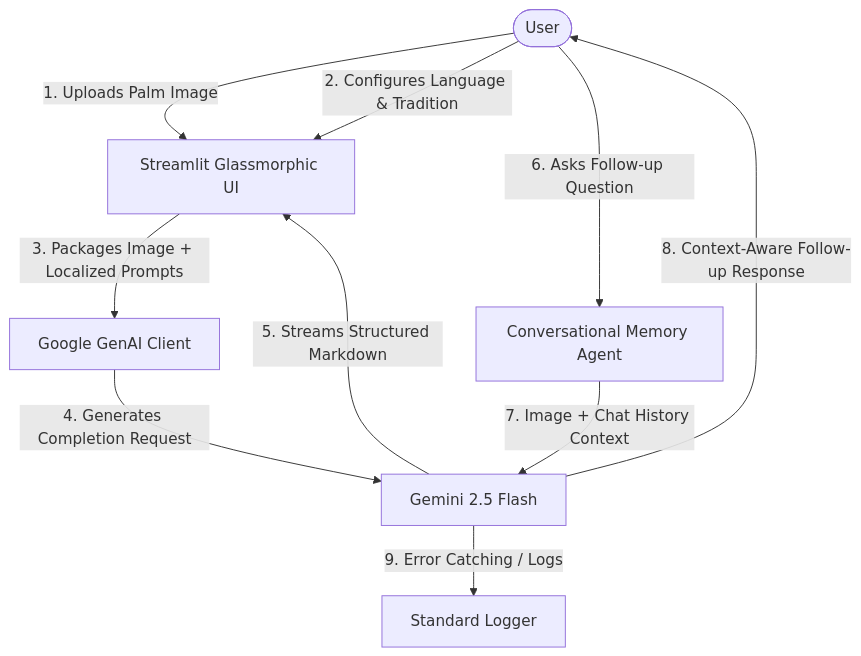
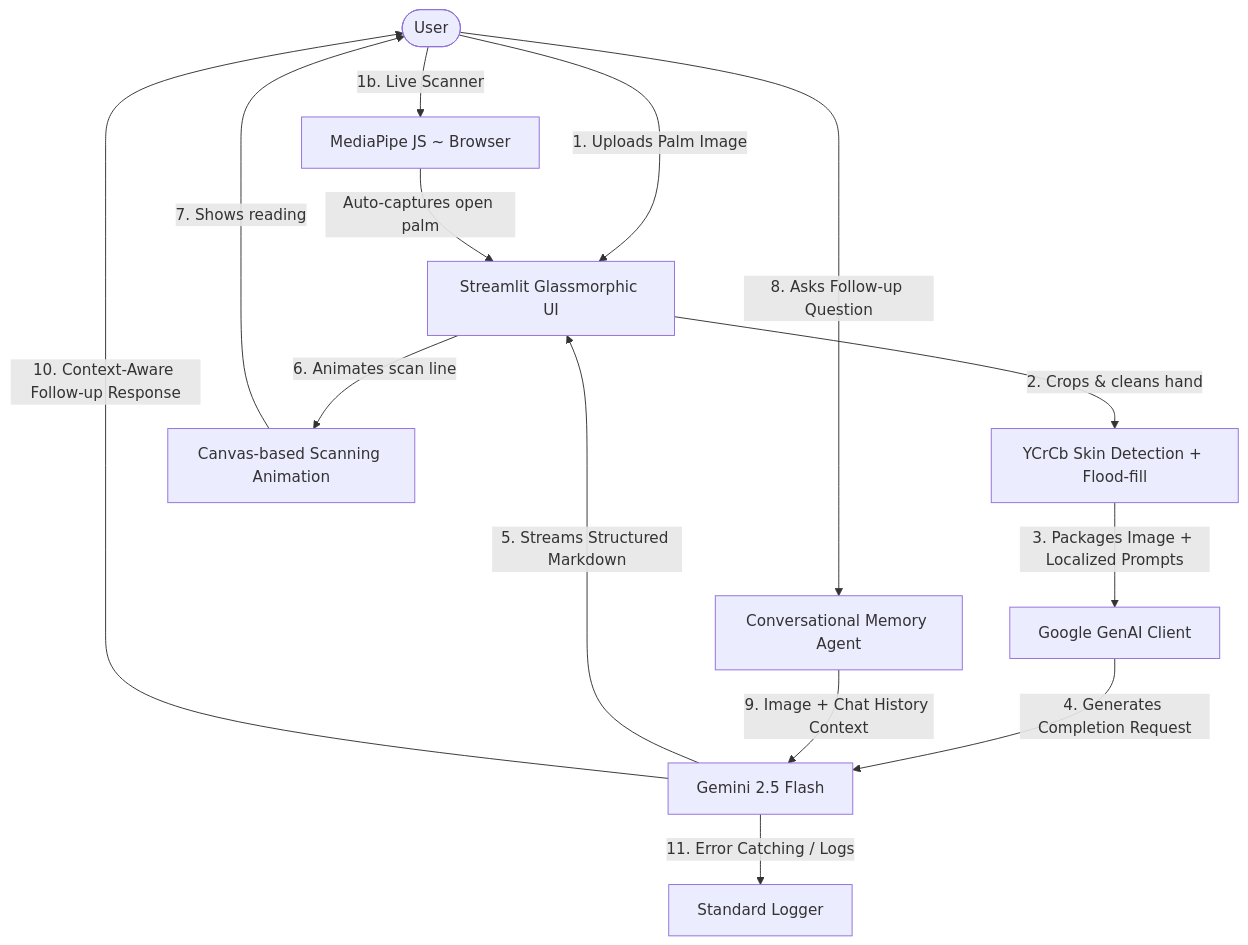
One commit to manavshrivastavagit/palm-reader-app changed the diagram in README.md. Above: the diagram before and after it, drawn with Mermaid. The commit also changed other lines of this file and 1 other file, not shown here.

Commit message:
docs: update README and AGENTS.md with live scanner, hand cropping, and auto-capture

````diff
--- a/README.md
+++ b/README.md
@@ -22,12 +22,16 @@
 ```mermaid
 graph TD
     User([User]) -->|1. Uploads Palm Image| UI[Streamlit Glassmorphic UI]
-    User -->|2. Configures Language & Tradition| UI
-    UI -->|3. Packages Image + Localized Prompts| Client[Google GenAI Client]
+    User -->|1b. Live Scanner| LS[MediaPipe JS ~ Browser]
+    LS -->|Auto-captures open palm| UI
+    UI -->|2. Crops & cleans hand| Crop[YCrCb Skin Detection + Flood-fill]
+    Crop -->|3. Packages Image + Localized Prompts| Client[Google GenAI Client]
     Client -->|4. Generates Completion Request| Gemini[Gemini 2.5 Flash]
     Gemini -->|5. Streams Structured Markdown| UI
-    User -->|6. Asks Follow-up Question| ChatAgent[Conversational Memory Agent]
-    ChatAgent -->|7. Image + Chat History Context| Gemini
-    Gemini -->|8. Context-Aware Follow-up Response| User
-    Gemini -->|9. Error Catching / Logs| Logger[Standard Logger]
+    UI -->|6. Animates scan line| Scan[Canvas-based Scanning Animation]
+    Scan -->|7. Shows reading| User
+    User -->|8. Asks Follow-up Question| ChatAgent[Conversational Memory Agent]
+    ChatAgent -->|9. Image + Chat History Context| Gemini
+    Gemini -->|10. Context-Aware Follow-up Response| User
+    Gemini -->|11. Error Catching / Logs| Logger[Standard Logger]
 ```
````
